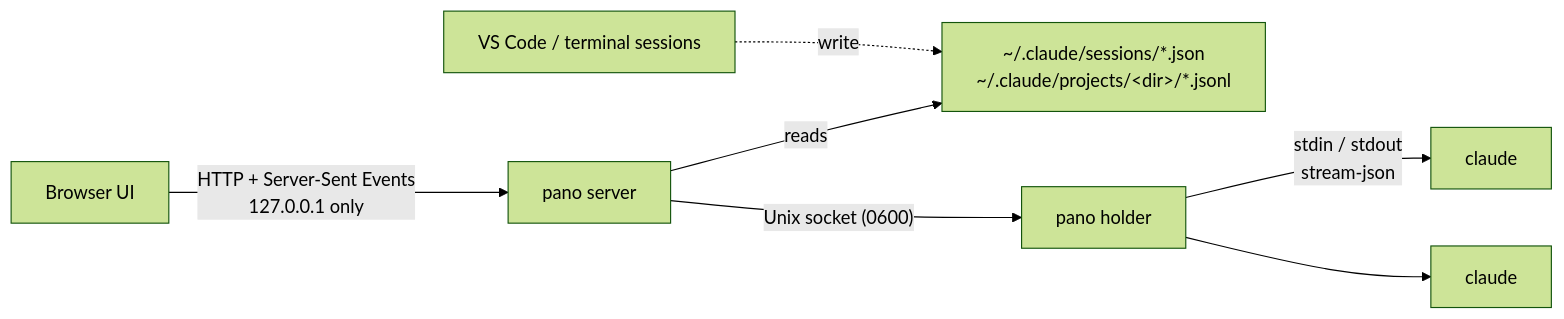
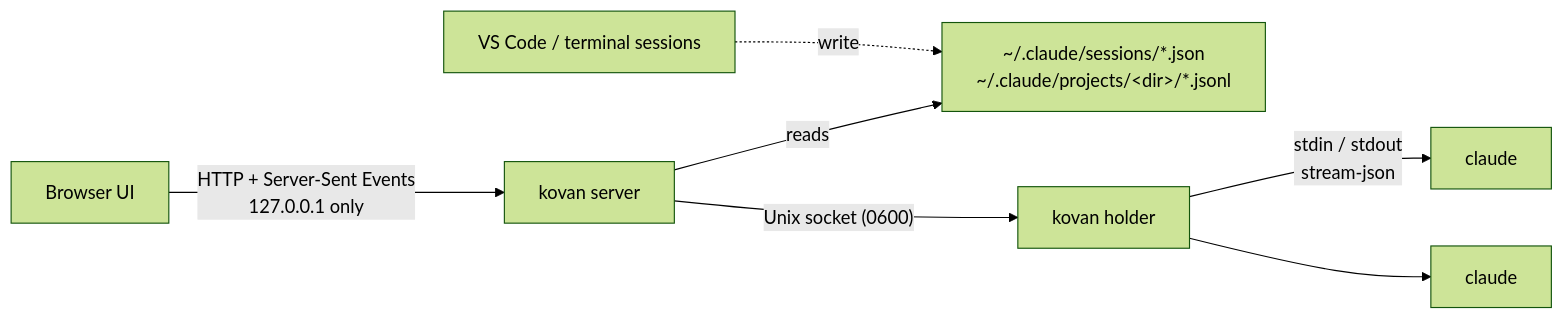
The diagram in cockpit/README.md (halilibrahimd27/kovan), drawn with Mermaid (forest theme) before and after one commit. The commit also changed other lines of this file and 17 other files, not shown here.

First line of the commit message:
cockpit: rename pano to kovan and isolate it from the swarm tooling

````diff
--- a/cockpit/README.md
+++ b/cockpit/README.md
@@ -141,9 +141,9 @@
 ```mermaid
 flowchart LR
-    B[Browser UI] -- "HTTP + Server-Sent Events<br>127.0.0.1 only" --> S[pano server]
+    B[Browser UI] -- "HTTP + Server-Sent Events<br>127.0.0.1 only" --> S[kovan server]
     S -- reads --> F["~/.claude/sessions/*.json<br>~/.claude/projects/&lt;dir&gt;/*.jsonl"]
-    S -- "Unix socket (0600)" --> H[pano holder]
+    S -- "Unix socket (0600)" --> H[kovan holder]
     H -- "stdin / stdout<br>stream-json" --> C1[claude]
     H --> C2[claude]
     V[VS Code / terminal sessions] -. write .-> F
 ```
````
